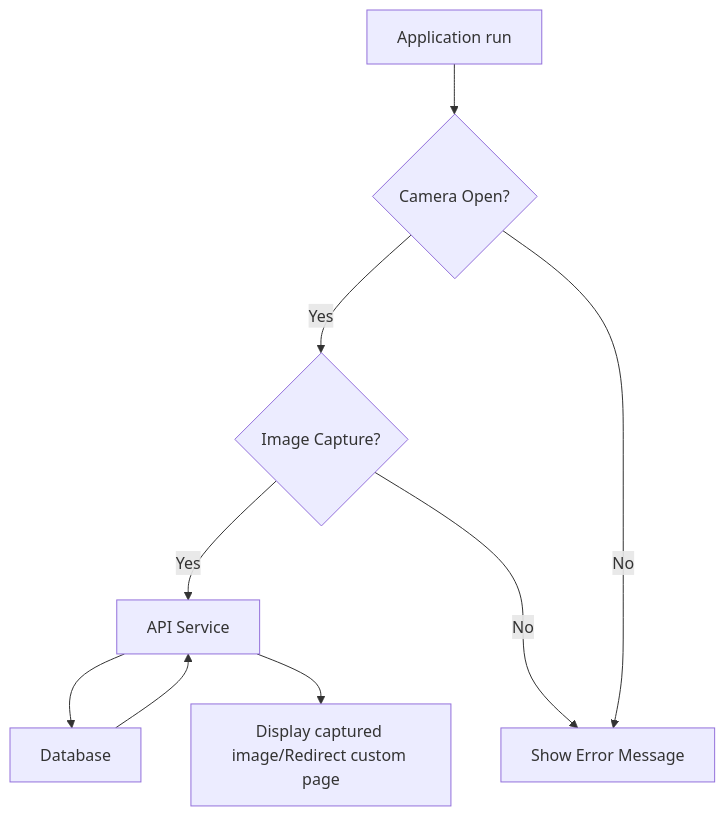
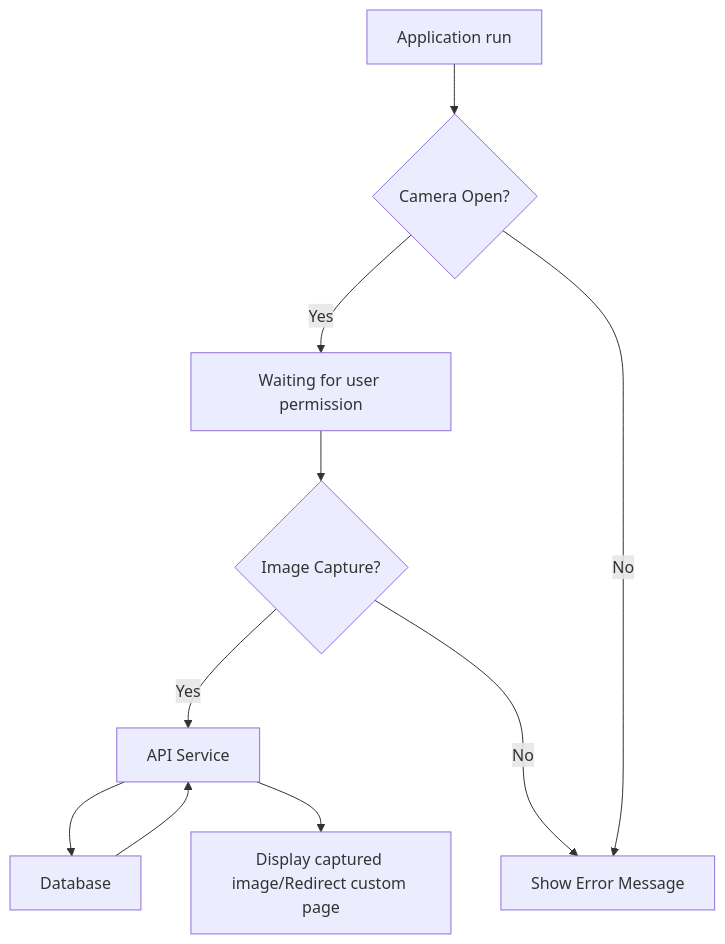
The diagram in README.md (mhhabib/WebCam), drawn with Mermaid before and after one commit.

````diff
--- a/README.md
+++ b/README.md
@@ -9,11 +9,12 @@
 ```mermaid
 flowchart TD
     A[Application run] --> B{Camera Open?}
-    B -- Yes --> C{Image Capture?}
-    C -- Yes --> F[API Service]
-    F --> G[Database]
-    F --> H[Display captured image/Redirect custom page]
-    G --> F
-    C -- No --->E[Show Error Message]
-    B -- No ----> E[Show Error Message]
+  B -- Yes --> W[Waiting for user permission]
+  W --> C{Image Capture?}
+  C -- Yes --> F[API Service]
+  F --> G[Database]
+  F --> H[Display captured image/Redirect custom page]
+  G --> F
+  C -- No --->E[Show Error Message]
+  B -- No ----> E[Show Error Message]
 ```
````
